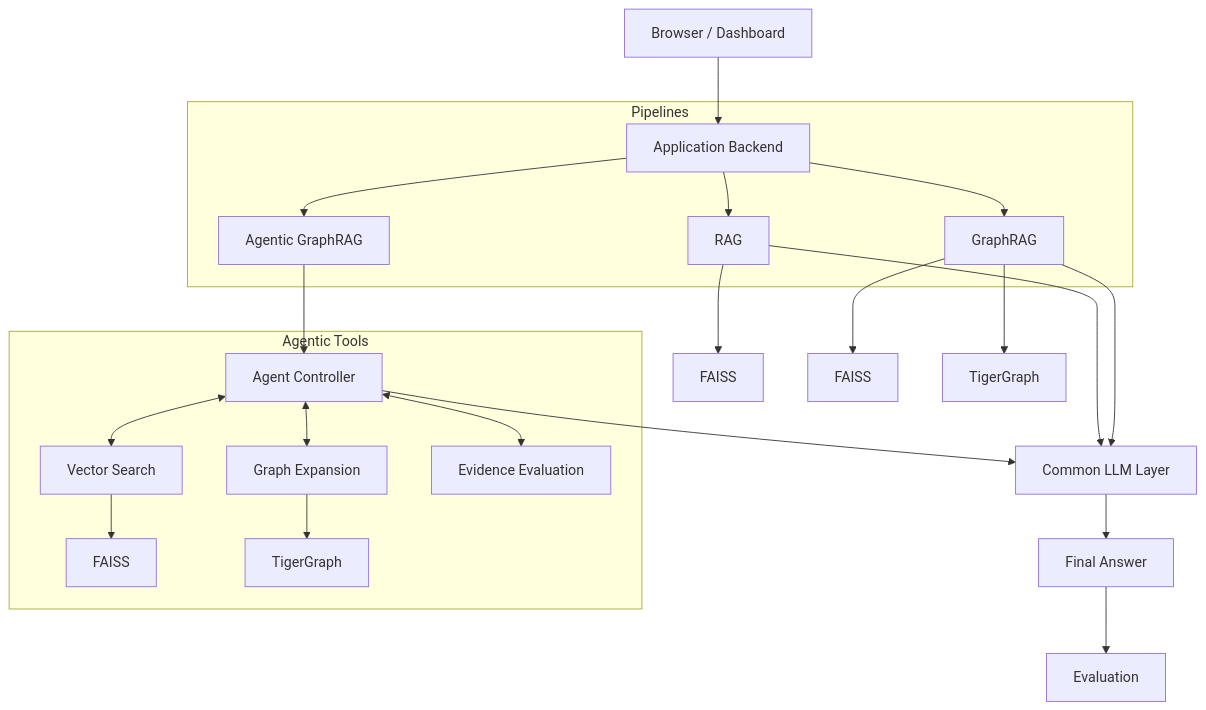
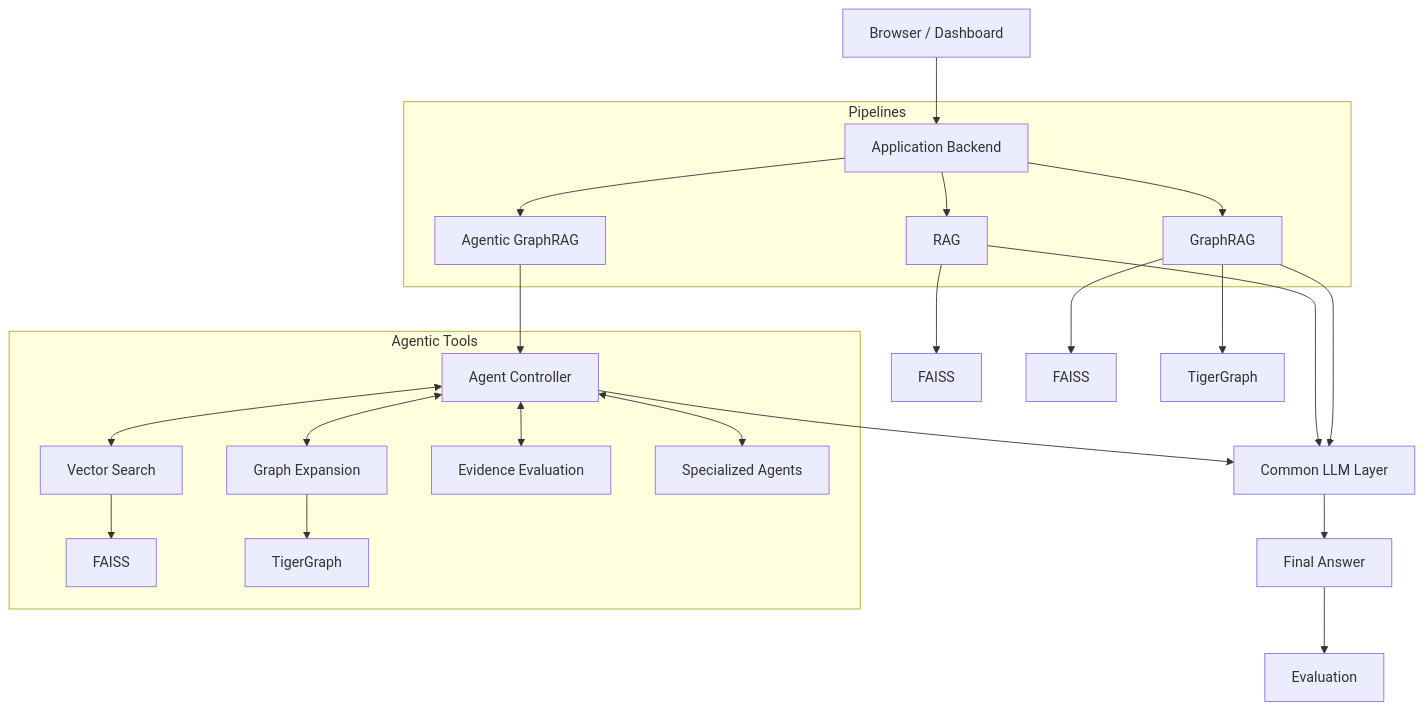
The diagram in docs/architecture.md (abhinay-codes/agentic-graphrag-benchmark), drawn with Mermaid before and after one commit. The commit also changed 19 other files, not shown here.

````diff
--- a/docs/architecture.md
+++ b/docs/architecture.md
@@ -7,32 +7,33 @@
 ```mermaid
 flowchart TD
     Browser[Browser / Dashboard] --> Backend[Application Backend]
     
     subgraph Pipelines
         Backend --> RAG[RAG]
         Backend --> GraphRAG[GraphRAG]
         Backend --> Agentic[Agentic GraphRAG]
     end
 
     RAG --> FAISS1[FAISS]
     GraphRAG --> FAISS2[FAISS]
     GraphRAG --> TigerGraph1[TigerGraph]
     
     Agentic --> Controller[Agent Controller]
     
     subgraph Agentic Tools
         Controller <--> VectorSearch[Vector Search]
         Controller <--> GraphExp[Graph Expansion]
         Controller <--> EvidenceEval[Evidence Evaluation]
+        Controller <--> SpecialAgents[Specialized Agents]
         
         VectorSearch --> FAISS3[FAISS]
         GraphExp --> TigerGraph2[TigerGraph]
     end
     
     RAG --> LLM[Common LLM Layer]
     GraphRAG --> LLM
     Controller --> LLM
     
     LLM --> FinalAnswer[Final Answer]
     FinalAnswer --> Evaluation[Evaluation]
 ```
````
